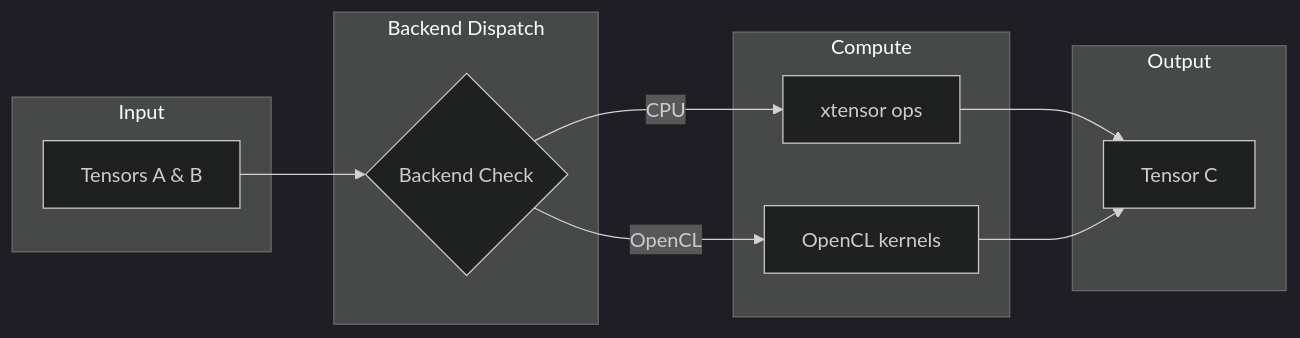
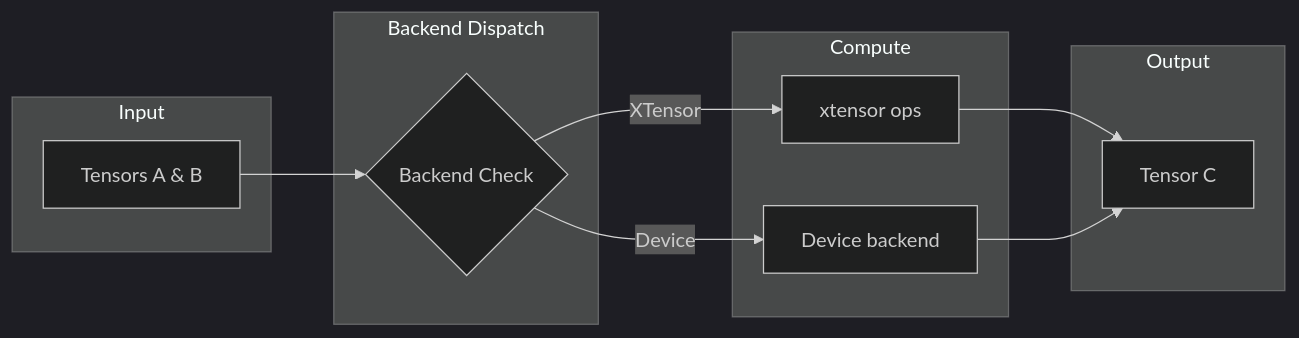
Before and after one commit to ensismoebius/doutorado: the diagram in software/nn/.wiki/Core/Tensor.md, drawn with Mermaid (dark theme). The commit also changed other lines of this file and 178 other files, not shown here.

````diff
--- a/software/nn/.wiki/Core/Tensor.md
+++ b/software/nn/.wiki/Core/Tensor.md
@@ -135,25 +83,25 @@
 ```mermaid
 flowchart LR
     subgraph Input
         A[Tensors A & B]
     end
 
     subgraph Backend Dispatch
         check{Backend Check}
     end
 
     subgraph Compute
         CPU[xtensor ops]
-        GPU[OpenCL kernels]
+        DEV[Device backend]
     end
 
     subgraph Output
         C[Tensor C]
     end
 
     A --> check
-    check -->|CPU| CPU
-    check -->|OpenCL| GPU
+    check -->|XTensor| CPU
+    check -->|Device| DEV
     CPU --> C
-    GPU --> C
+    DEV --> C
 ```
````
